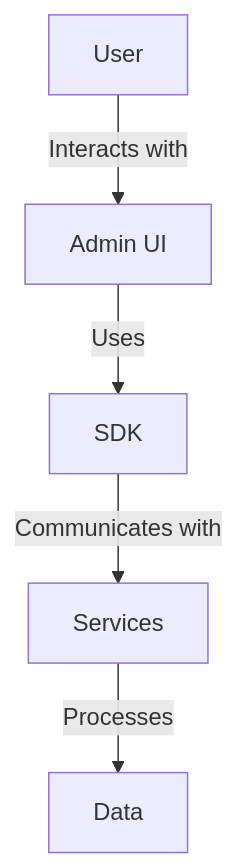
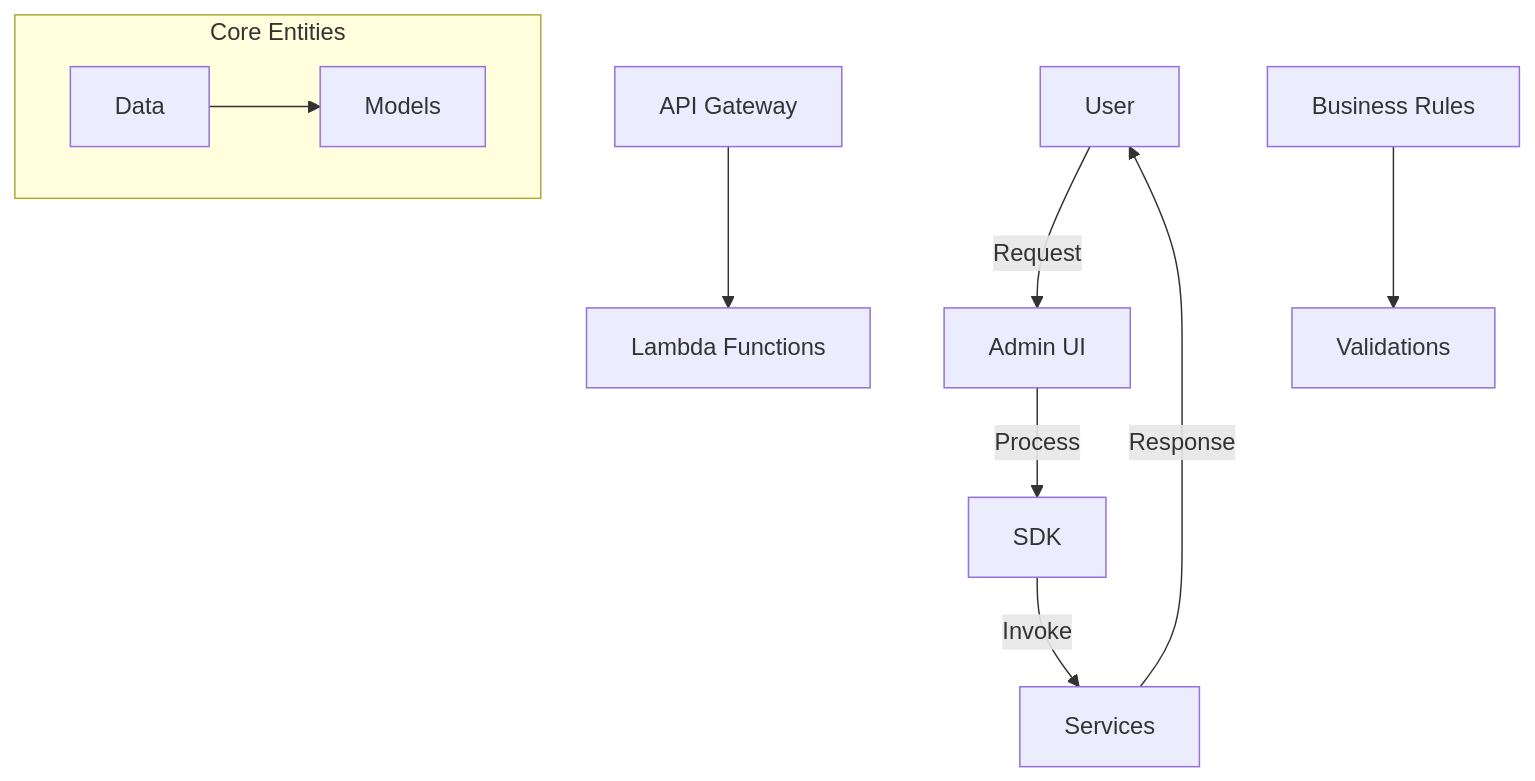
One commit to ankitnwemp/demo changed the first of 2 diagrams in README.md. Above: the diagram before and after it, drawn with Mermaid. The commit also changed other lines of this file, not shown here.

````diff
--- a/README.md
+++ b/README.md
@@ -18,7 +19,12 @@
 ```mermaid
 graph TD;
-    A[User] -->|Interacts with| B[Admin UI];
-    B -->|Uses| C[SDK];
-    C -->|Communicates with| D[Services];
-    D -->|Processes| E[Data];
+    A[User] -->|Request| B[Admin UI];
+    B -->|Process| C[SDK];
+    C -->|Invoke| D[Services];
+    D -->|Response| A;
+    subgraph Core Entities
+    E[Data] --> F[Models];
+    end
+    G[API Gateway] --> H[Lambda Functions];
+    I[Business Rules] --> J[Validations];
 ```
````
